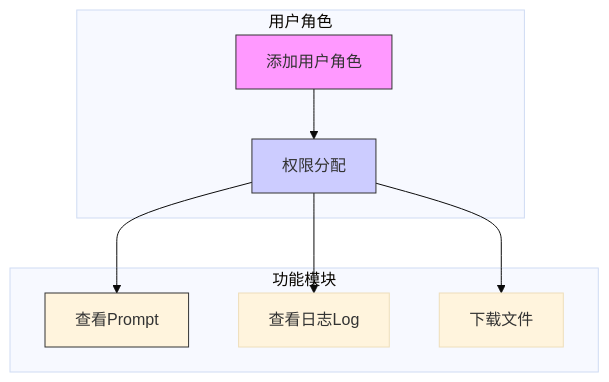
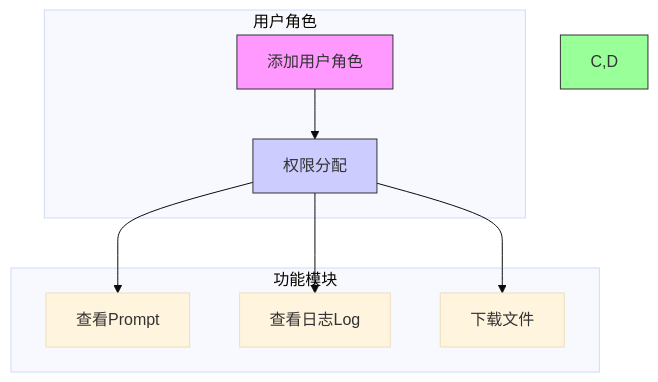
One commit to funnyData/iodraw-files changed the diagram in all/未命名-2.md. Above: the diagram before and after it, drawn with Mermaid (base theme).

Commit message:
2025-03-11 19:20:38 update

````diff
--- a/all/未命名-2.md
+++ b/all/未命名-2.md
@@ -1,16 +1,16 @@
 ```mermaid
 flowchart TD
     subgraph 用户角色
         A[添加用户角色] --> B[权限分配]
     end
 
     subgraph 功能模块
         B --> C[查看Prompt]
         B --> D[查看日志Log]
         B --> E[下载文件]
     end
 
     style A fill:#f9f,stroke:#333
     style B fill:#ccf,stroke:#333
-    style C D fill:#9f9,stroke:#333
+    style C,D fill:#9f9,stroke:#333
 ```
````
